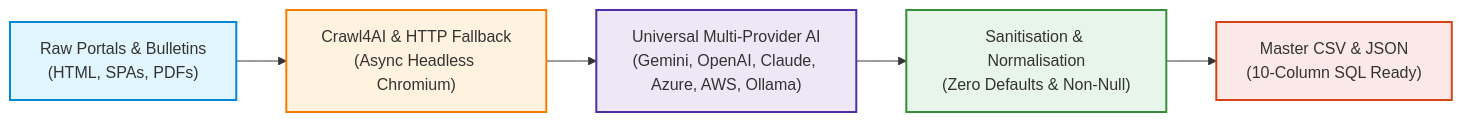
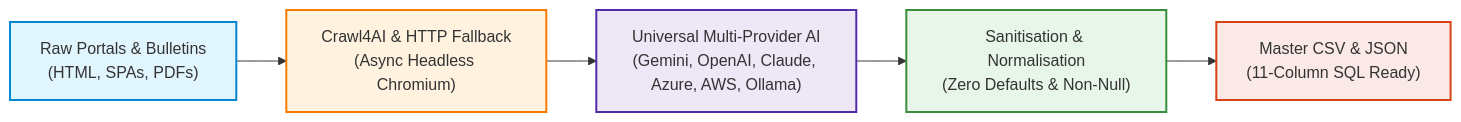
One commit to CHIRAG3899/universal-product-lifecycle-scraper changed the first of 7 diagrams in README.md. Above: the diagram before and after it, drawn with Mermaid. The commit also changed other lines of this file and 15 other files, not shown here.

Commit message:
feat(schema): add aliases column for product models and common names pointing to primary model

````diff
--- a/README.md
+++ b/README.md
@@ -59,13 +59,13 @@
 ```mermaid
 graph LR
     A["Raw Portals & Bulletins<br/>(HTML, SPAs, PDFs)"] --> B["Crawl4AI & HTTP Fallback<br/>(Async Headless Chromium)"]
     B --> C["Universal Multi-Provider AI<br/>(Gemini, OpenAI, Claude, Azure, AWS, Ollama)"]
-    D --> E["Master CSV & JSON<br/>(10-Column SQL Ready)"]
+    D --> E["Master CSV & JSON<br/>(11-Column SQL Ready)"]
     C --> D["Sanitisation & Normalisation<br/>(Zero Defaults & Non-Null)"]
 
     style A fill:#e1f5fe,stroke:#0288d1,stroke-width:2px;
     style B fill:#fff3e0,stroke:#f57c00,stroke-width:2px;
     style C fill:#ede7f6,stroke:#512da8,stroke-width:2px;
     style D fill:#e8f5e9,stroke:#388e3c,stroke-width:2px;
     style E fill:#fbe9e7,stroke:#d84315,stroke-width:2px;
 ```
````
